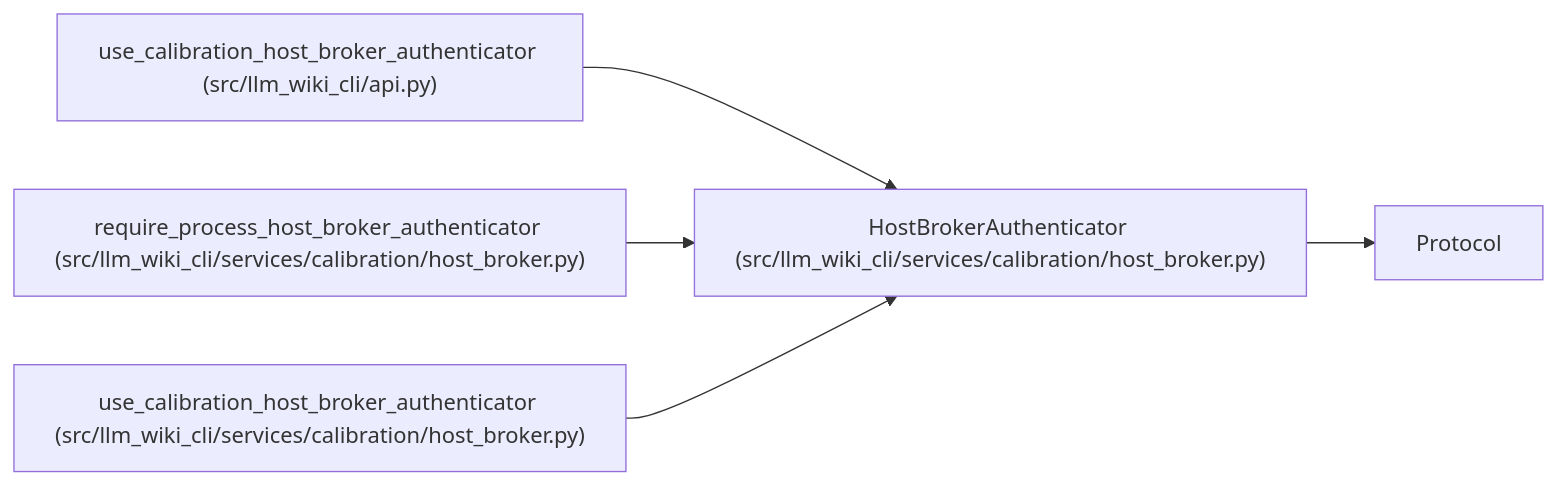
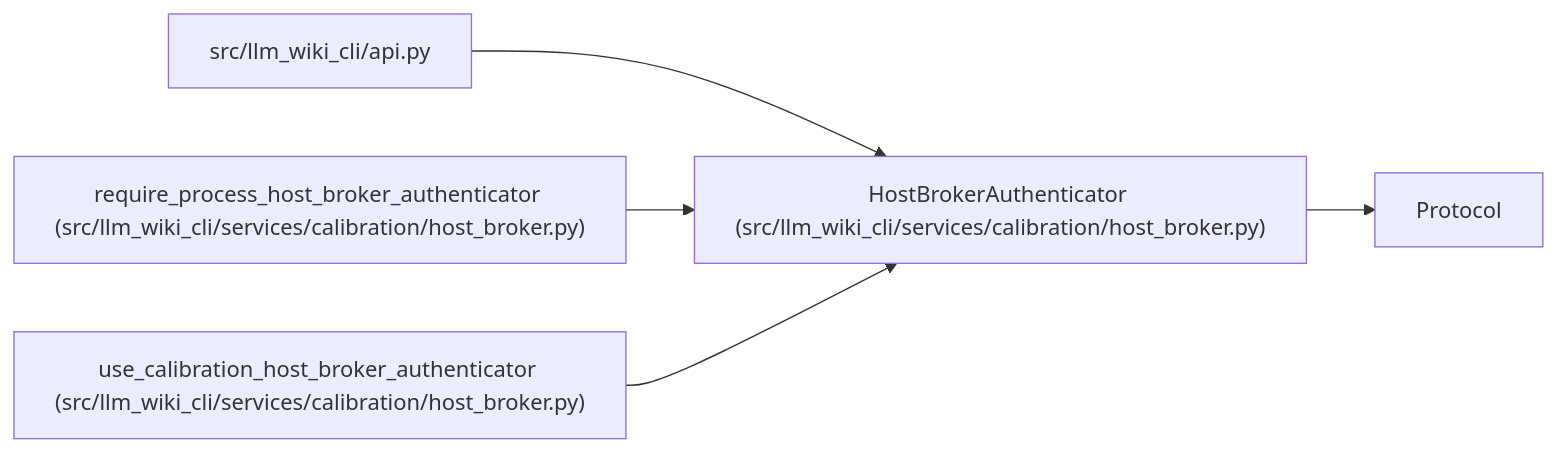
One commit to Denissvgn/python-wiki-llm changed the diagram in docs/llm_wiki/entities/HostBrokerAuthenticator.md. Above: the diagram before and after it, drawn with Mermaid. The commit also changed other lines of this file and 631 other files, not shown here.

````diff
--- a/docs/llm_wiki/entities/HostBrokerAuthenticator.md
+++ b/docs/llm_wiki/entities/HostBrokerAuthenticator.md
@@ -29,16 +29,16 @@
 ```mermaid
 flowchart LR
     n0["HostBrokerAuthenticator (src/llm_wiki_cli/services/calibration/host_broker.py)"]
     n1["Protocol"]
-    n2["use_calibration_host_broker_authenticator (src/llm_wiki_cli/api.py)"]
+    n2["src/llm_wiki_cli/api.py"]
     n3["require_process_host_broker_authenticator (src/llm_wiki_cli/services/calibration/host_broker.py)"]
     n4["use_calibration_host_broker_authenticator (src/llm_wiki_cli/services/calibration/host_broker.py)"]
     n0 --> n1
     n2 --> n0
     n3 --> n0
     n4 --> n0
     click n0 "../modules/host_broker.md"
     click n2 "../modules/api.md"
     click n3 "../modules/host_broker.md"
     click n4 "../modules/host_broker.md"
 ```
````
